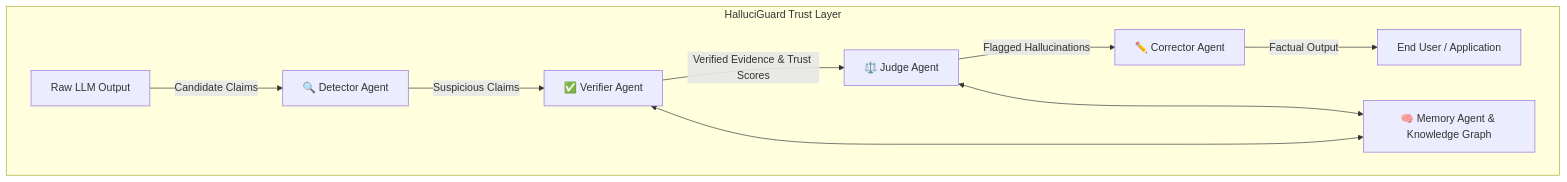
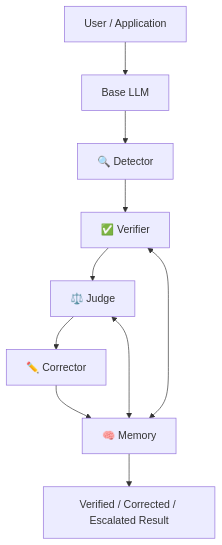
The second of 3 diagrams in README.md (Manju10092006/HalluciGuard), drawn with Mermaid before and after one commit. The commit also changed other lines of this file, not shown here.

````diff
--- a/README.md
+++ b/README.md
@@ -22,13 +109,12 @@
 ```mermaid
 flowchart TD
-    subgraph Layer["HalluciGuard Trust Layer"]
-        LLM[Raw LLM Output] -->|Candidate Claims| DA[🔍 Detector Agent]
-        DA -->|Suspicious Claims| VA[✅ Verifier Agent]
-        VA -->|Verified Evidence & Trust Scores| JA[⚖️ Judge Agent]
-        JA -->|Flagged Hallucinations| CA[✏️ Corrector Agent]
-        CA -->|Factual Output| User[End User / Application]
-        
-        VA <---> MA[🧠 Memory Agent & Knowledge Graph]
-        JA <---> MA
-    end
+    U[User / Application] --> L[Base LLM]
+    L --> D[🔍 Detector]
+    D --> V[✅ Verifier]
+    V --> J[⚖️ Judge]
+    J --> C[✏️ Corrector]
+    C --> M[🧠 Memory]
+    V <--> M
+    J <--> M
+    M --> O[Verified / Corrected / Escalated Result]
 ```
````
